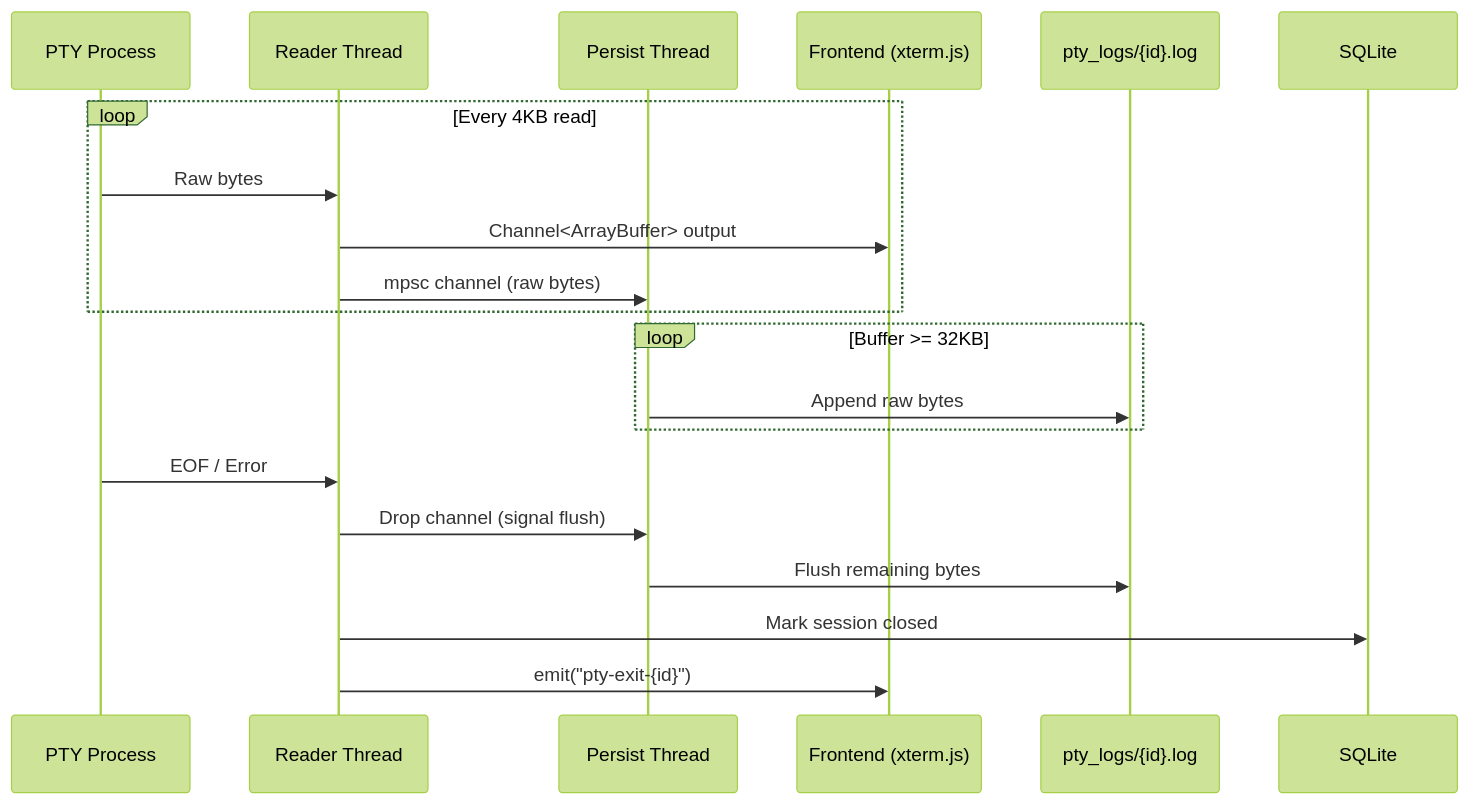
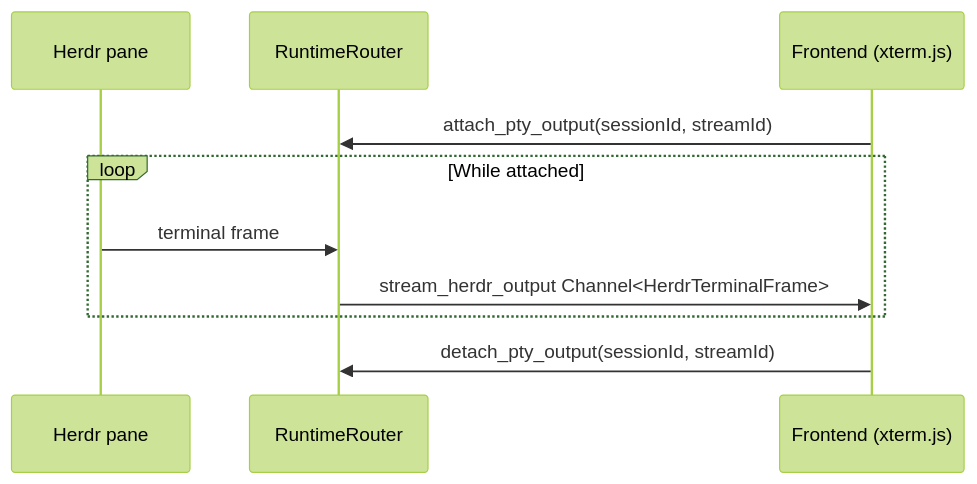
One commit to AkaraChen/2code changed the second of 5 diagrams in docs/data-flow.md. Above: the diagram before and after it, drawn with Mermaid (forest theme). The commit also changed other lines of this file, not shown here.

First line of the commit message:
docs: replace Local PTY data-flow with Herdr pane_id reattach

````diff
--- a/docs/data-flow.md
+++ b/docs/data-flow.md
@@ -49,25 +49,13 @@
 ```mermaid
 sequenceDiagram
-    participant PTY as PTY Process
-    participant RT as Reader Thread
-    participant PT as Persist Thread
+    participant H as Herdr pane
+    participant R as RuntimeRouter
     participant FE as Frontend (xterm.js)
-    participant LF as pty_logs/{id}.log
-    participant DB as SQLite
 
-    loop Every 4KB read
-        PTY->>RT: Raw bytes
-        RT->>FE: Channel<ArrayBuffer> output
-        RT->>PT: mpsc channel (raw bytes)
+    FE->>R: attach_pty_output(sessionId, streamId)
+    loop While attached
+        H->>R: terminal frame
+        R->>FE: stream_herdr_output Channel<HerdrTerminalFrame>
     end
-
-    loop Buffer >= 32KB
-        PT->>LF: Append raw bytes
-    end
-
-    PTY->>RT: EOF / Error
-    RT->>PT: Drop channel (signal flush)
-    PT->>LF: Flush remaining bytes
-    RT->>DB: Mark session closed
-    RT->>FE: emit("pty-exit-{id}")
+    FE->>R: detach_pty_output(sessionId, streamId)
 ```
````
